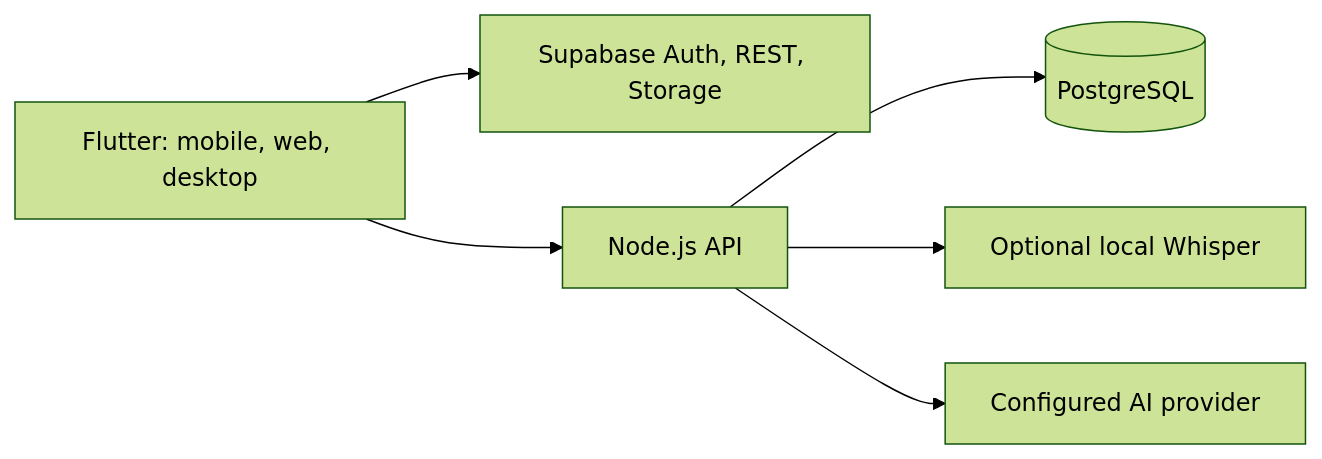
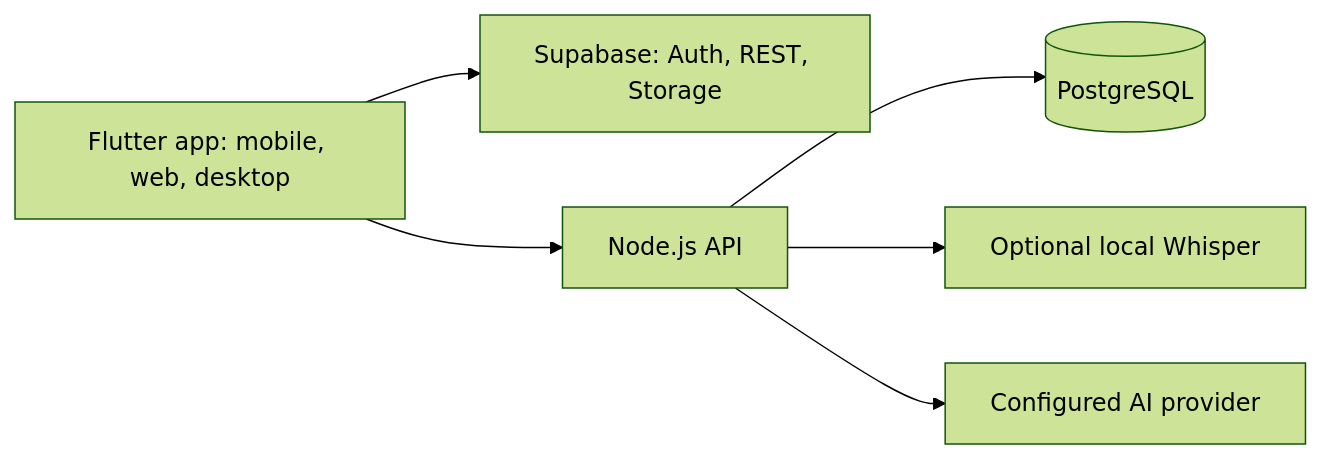
The diagram in README.en.md (ToshioDev/lumenote-app), drawn with Mermaid (forest theme) before and after one commit. The commit also changed other lines of this file and 2 other files, not shown here.

````diff
--- a/README.en.md
+++ b/README.en.md
@@ -101,8 +92,8 @@
 ```mermaid
 flowchart LR
-    U[Flutter: mobile, web, desktop] --> S[Supabase Auth, REST, Storage]
+    U[Flutter app: mobile, web, desktop] --> S[Supabase: Auth, REST, Storage]
     U --> A[Node.js API]
     A --> D[(PostgreSQL)]
     A --> W[Optional local Whisper]
     A --> M[Configured AI provider]
 ```
````
